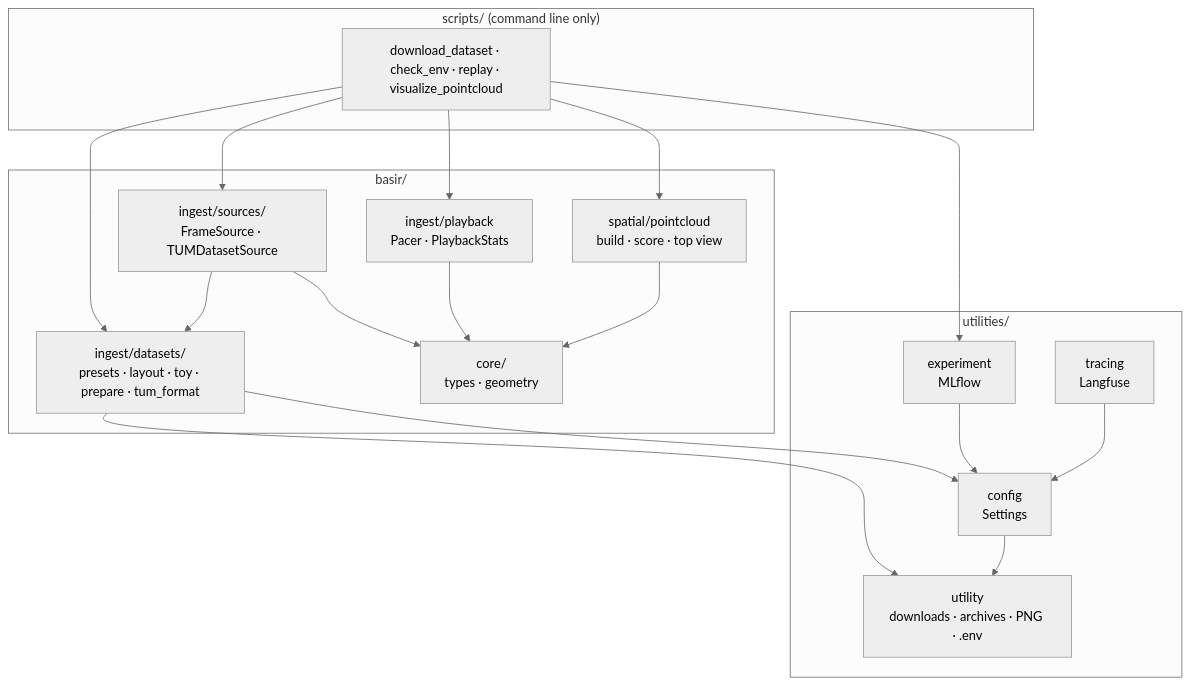
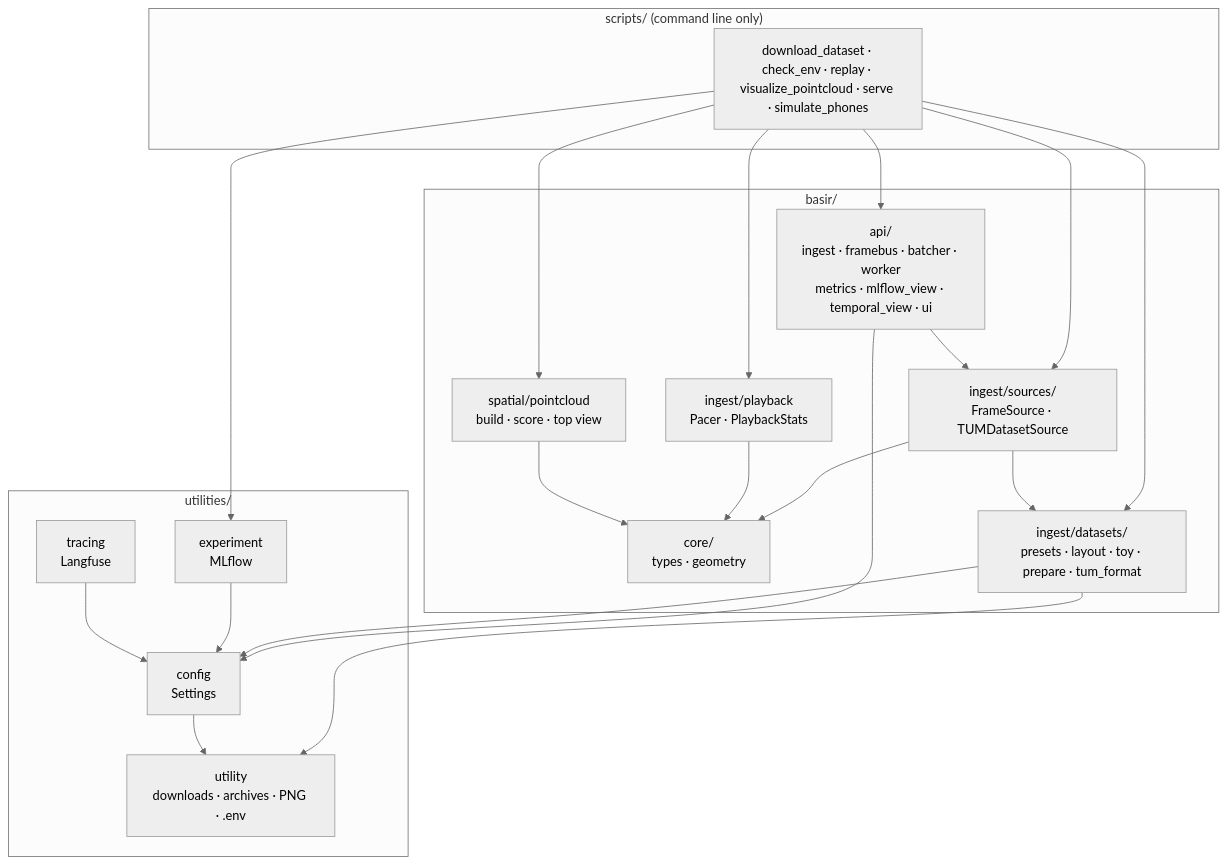
Before and after one commit to omarTBakr/Basir: the third of 3 diagrams in README.md, drawn with Mermaid (neutral theme). The commit also changed other lines of this file and 46 other files, not shown here.

````diff
--- a/README.md
+++ b/README.md
@@ -153,33 +201,37 @@
 ```mermaid
 flowchart TB
   subgraph entry["scripts/ (command line only)"]
-    scripts["download_dataset · check_env · replay · visualize_pointcloud"]
+    scripts["download_dataset · check_env · replay · visualize_pointcloud · serve · simulate_phones"]
   end
   subgraph domain["basir/"]
     core["core/<br/>types · geometry"]
     datasets["ingest/datasets/<br/>presets · layout · toy · prepare · tum_format"]
     sources["ingest/sources/<br/>FrameSource · TUMDatasetSource"]
     playback["ingest/playback<br/>Pacer · PlaybackStats"]
     spatial["spatial/pointcloud<br/>build · score · top view"]
+    api["api/<br/>ingest · framebus · batcher · worker<br/>metrics · mlflow_view · temporal_view · ui"]
   end
   subgraph shared["utilities/"]
     config["config<br/>Settings"]
     exp["experiment<br/>MLflow"]
     trace["tracing<br/>Langfuse"]
     util["utility<br/>downloads · archives · PNG · .env"]
   end
   scripts --> datasets
   scripts --> sources
   scripts --> playback
   scripts --> spatial
   scripts --> exp
+  scripts --> api
+  api --> sources
+  api --> config
   datasets --> util
   datasets --> config
   sources --> datasets
   sources --> core
   playback --> core
   spatial --> core
   exp --> config
   trace --> config
   config --> util
 ```
````
